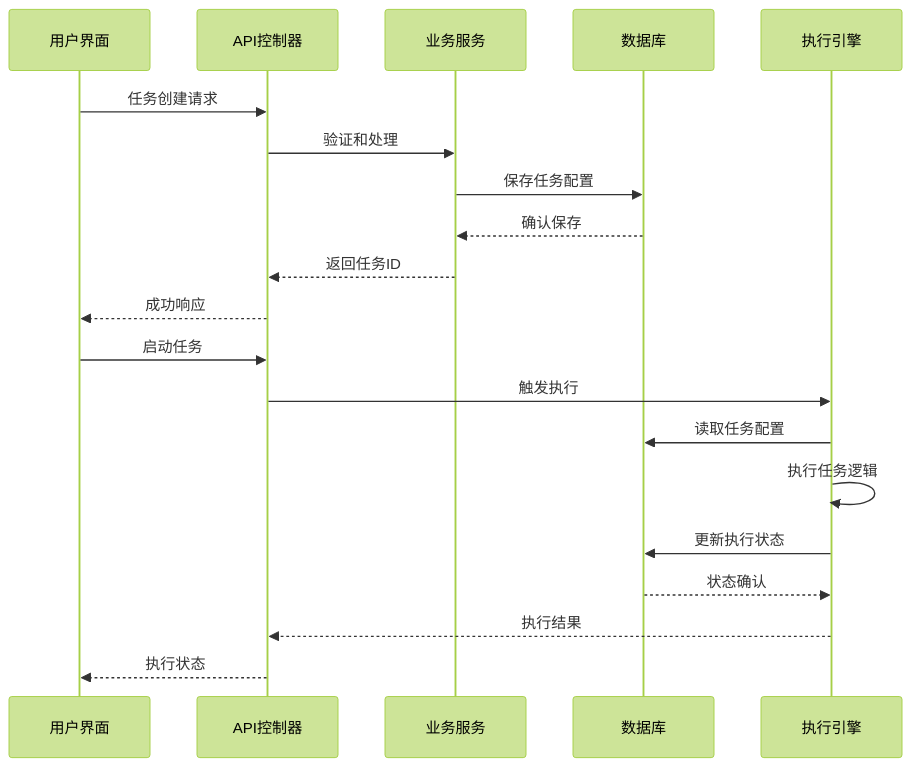
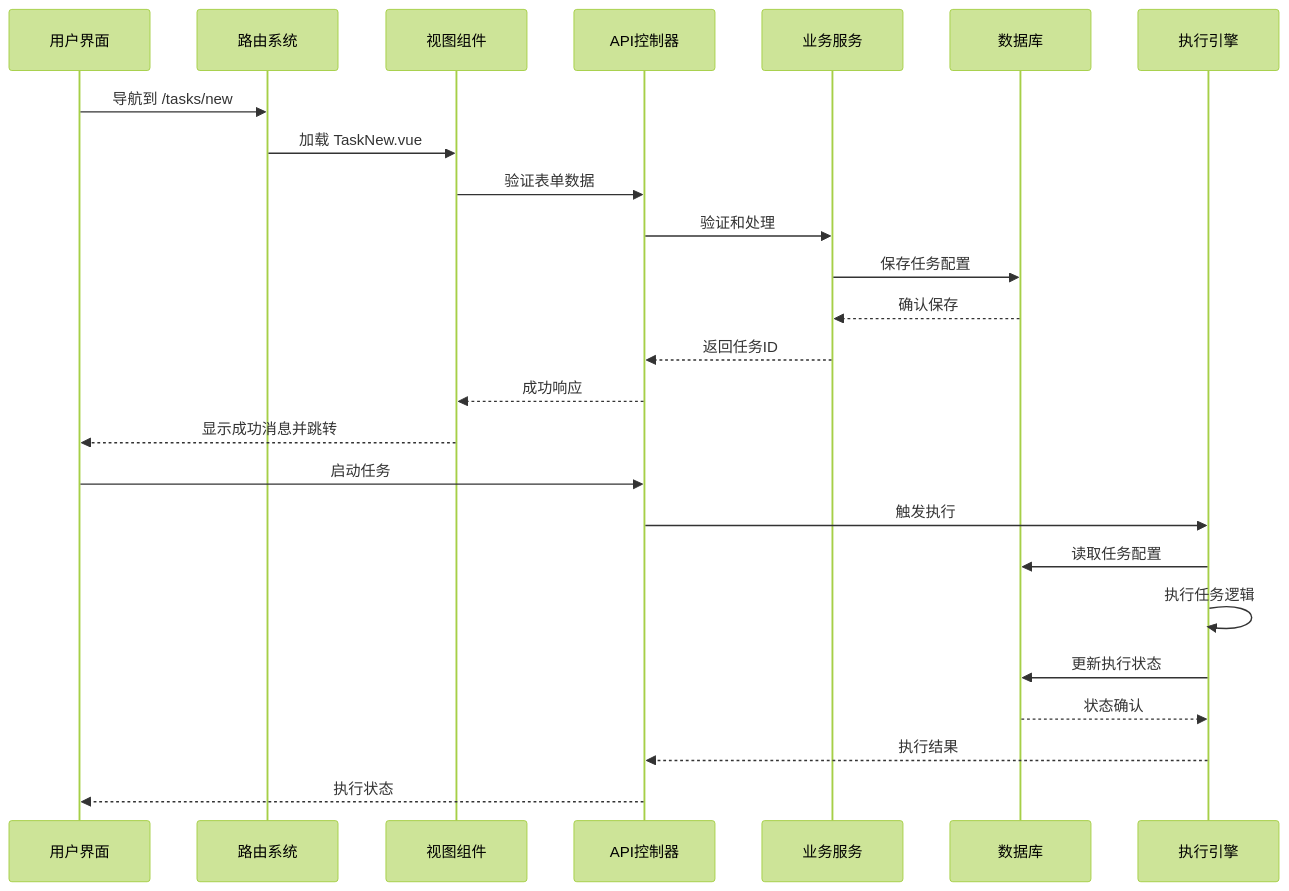
Before and after one commit to pxc12345/crawler-vue3: the third of 13 diagrams in .qoder/repowiki/zh/content/核心功能模块/任务管理系统/任务管理系统.md, drawn with Mermaid (forest theme). The commit also changed other lines of this file and 12 other files, not shown here.

````diff
--- a/.qoder/repowiki/zh/content/核心功能模块/任务管理系统/任务管理系统.md
+++ b/.qoder/repowiki/zh/content/核心功能模块/任务管理系统/任务管理系统.md
@@ -182,22 +204,27 @@
 ```mermaid
 sequenceDiagram
 participant U as 用户界面
+participant R as 路由系统
+participant V as 视图组件
 participant API as API控制器
 participant SVC as 业务服务
 participant DB as 数据库
 participant EX as 执行引擎
-U->>API : 任务创建请求
+U->>R : 导航到 /tasks/new
+R->>V : 加载 TaskNew.vue
+V->>API : 验证表单数据
 API->>SVC : 验证和处理
 SVC->>DB : 保存任务配置
 DB-->>SVC : 确认保存
 SVC-->>API : 返回任务ID
-API-->>U : 成功响应
+API-->>V : 成功响应
+V-->>U : 显示成功消息并跳转
 U->>API : 启动任务
 API->>EX : 触发执行
 EX->>DB : 读取任务配置
 EX->>EX : 执行任务逻辑
 EX->>DB : 更新执行状态
 DB-->>EX : 状态确认
 EX-->>API : 执行结果
 API-->>U : 执行状态
 ```
````
